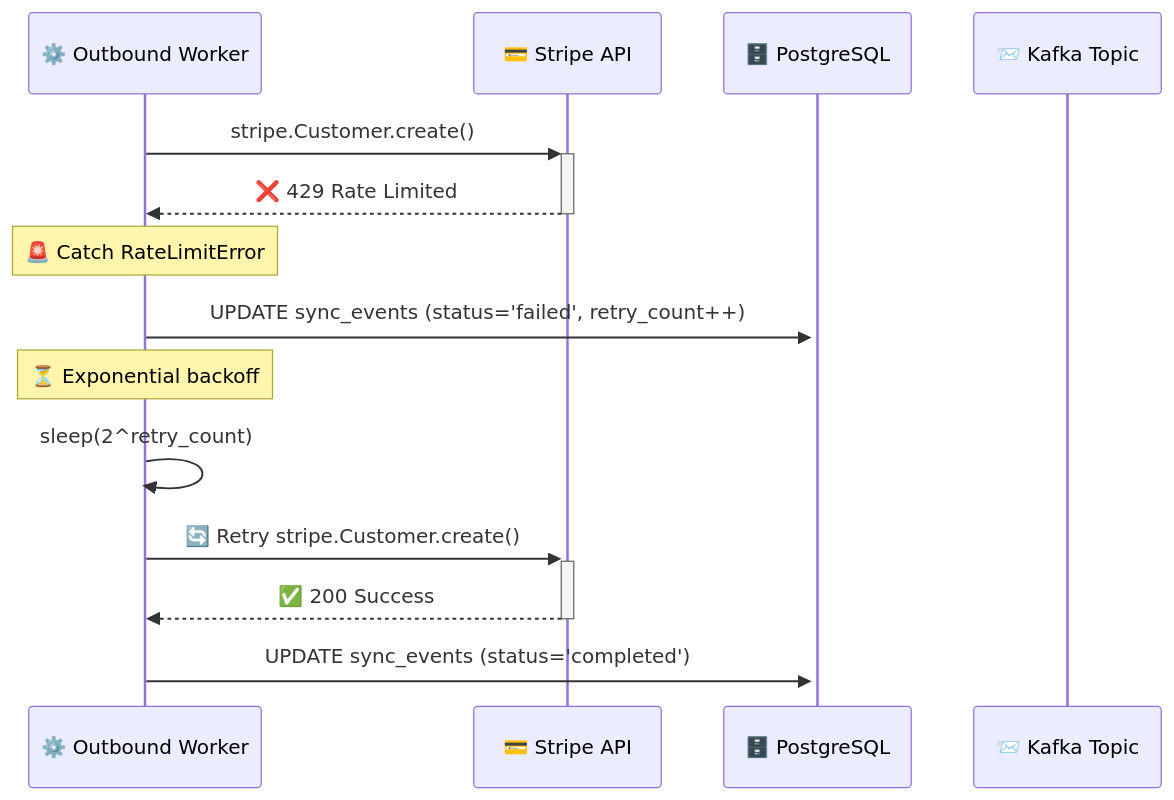
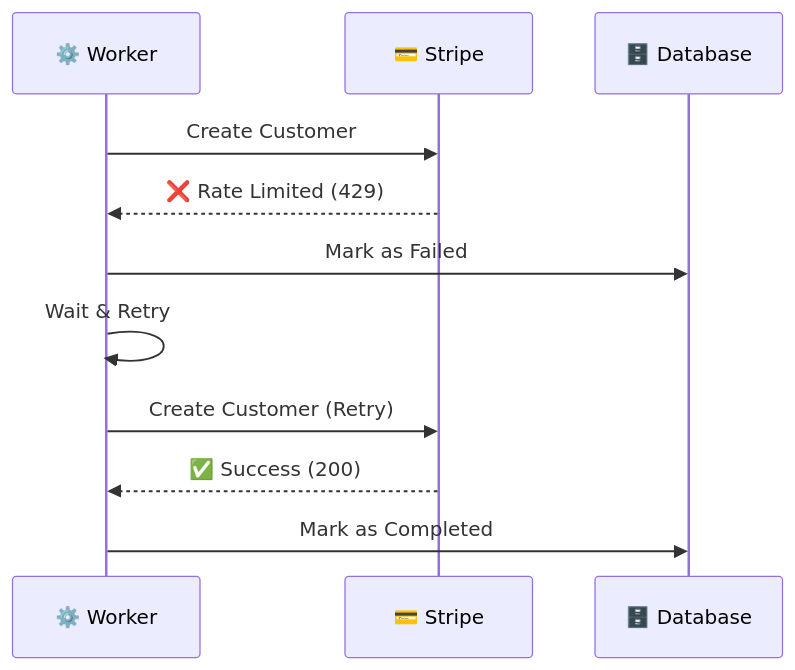
One commit to Shashankpantiitbhilai/SyncFlow changed the sixth of 6 diagrams in README.md. Above: the diagram before and after it, drawn with Mermaid. The commit also changed other lines of this file and 1 other file, not shown here.

````diff
--- a/README.md
+++ b/README.md
@@ -388,21 +388,15 @@
 ```mermaid
 sequenceDiagram
-    participant OW as ⚙️ Outbound Worker
-    participant S as 💳 Stripe API
-    participant DB as 🗄️ PostgreSQL
-    participant KT as 📨 Kafka Topic
+    participant Worker as ⚙️ Worker
+    participant Stripe as 💳 Stripe
+    participant DB as 🗄️ Database
 
-    OW->>+S: stripe.Customer.create()
-    S-->>-OW: ❌ 429 Rate Limited
+    Worker->>Stripe: Create Customer
+    Stripe-->>Worker: ❌ Rate Limited (429)
     
-    Note over OW: 🚨 Catch RateLimitError
-    OW->>+DB: UPDATE sync_events (status='failed', retry_count++)
-    
-    Note over OW: ⏳ Exponential backoff
-    OW->>OW: sleep(2^retry_count)
-    
-    OW->>+S: 🔄 Retry stripe.Customer.create()
-    S-->>-OW: ✅ 200 Success
-    
-    OW->>+DB: UPDATE sync_events (status='completed')
+    Worker->>DB: Mark as Failed
+    Worker->>Worker: Wait & Retry
+    Worker->>Stripe: Create Customer (Retry)
+    Stripe-->>Worker: ✅ Success (200)
+    Worker->>DB: Mark as Completed
 ```
````
